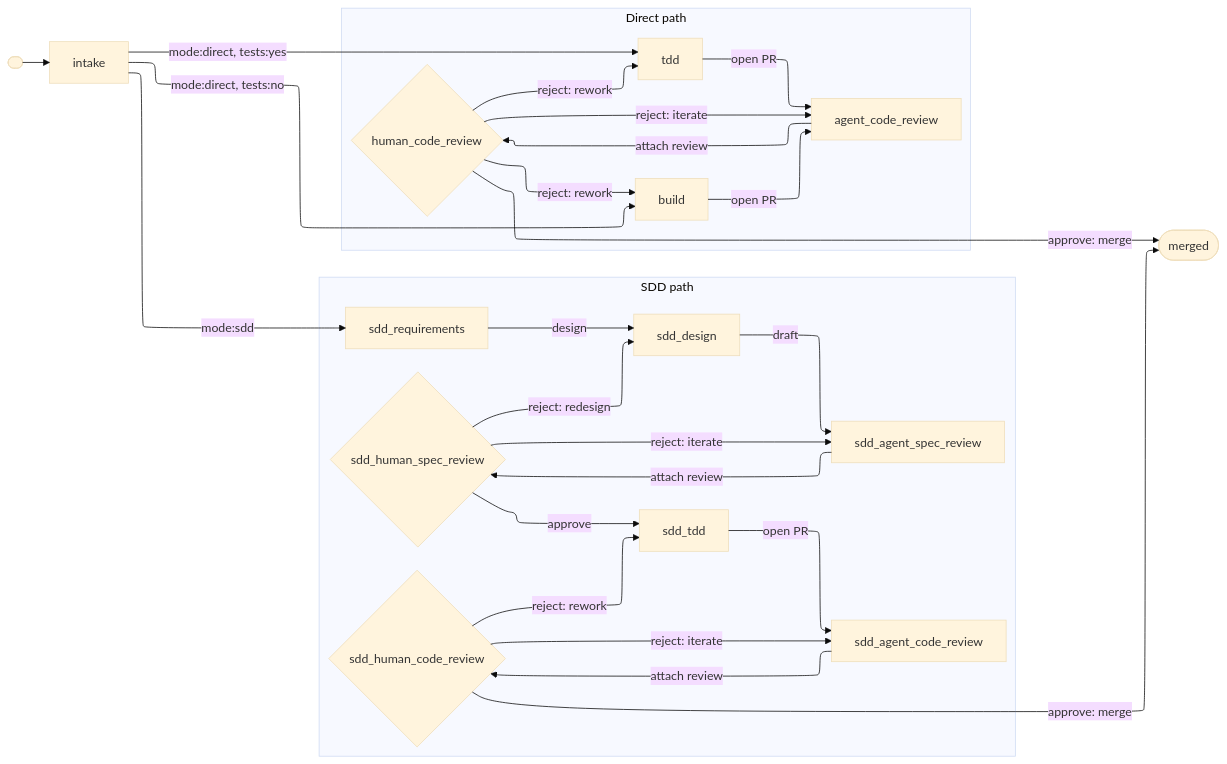
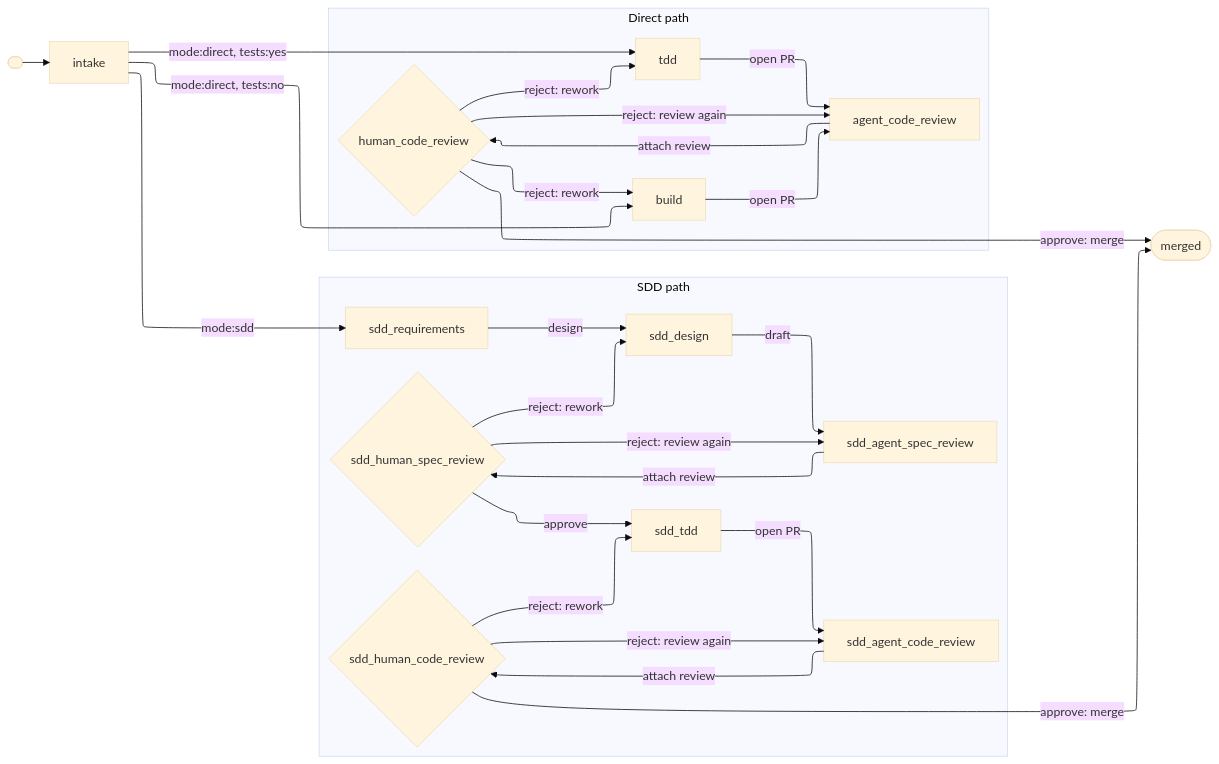
The diagram in workflow/workflow.md (GeoffNordling/dev-playbook), drawn with Mermaid (base theme) before and after one commit. The commit also changed other lines of this file and 4 other files, not shown here.

First line of the commit message:
human-review: author the HITL review-gate skill; simplify verdicts

````diff
--- a/workflow/workflow.md
+++ b/workflow/workflow.md
@@ -59,33 +59,33 @@
 ```mermaid
 %%{init: {'flowchart': {'defaultRenderer': 'elk'}}}%%
 flowchart LR
     start([ ]) --> intake[intake]
     intake -->|mode:sdd| sdd_requirements[sdd_requirements]
     intake -->|mode:direct, tests:yes| tdd[tdd]
     intake -->|mode:direct, tests:no| build[build]
 
     subgraph sdd[SDD path]
         sdd_requirements -->|design| sdd_design[sdd_design]
         sdd_design -->|draft| sdd_agent_spec_review[sdd_agent_spec_review]
         sdd_agent_spec_review -->|attach review| sdd_human_spec_review{sdd_human_spec_review}
-        sdd_human_spec_review -->|reject: iterate| sdd_agent_spec_review
-        sdd_human_spec_review -->|reject: redesign| sdd_design
+        sdd_human_spec_review -->|reject: review again| sdd_agent_spec_review
+        sdd_human_spec_review -->|reject: rework| sdd_design
         sdd_human_spec_review -->|approve| sdd_tdd[sdd_tdd]
         sdd_tdd -->|open PR| sdd_agent_code_review[sdd_agent_code_review]
         sdd_agent_code_review -->|attach review| sdd_human_code_review{sdd_human_code_review}
-        sdd_human_code_review -->|reject: iterate| sdd_agent_code_review
+        sdd_human_code_review -->|reject: review again| sdd_agent_code_review
         sdd_human_code_review -->|reject: rework| sdd_tdd
     end
 
     subgraph direct[Direct path]
         tdd -->|open PR| agent_code_review[agent_code_review]
         build -->|open PR| agent_code_review
         agent_code_review -->|attach review| human_code_review{human_code_review}
-        human_code_review -->|reject: iterate| agent_code_review
+        human_code_review -->|reject: review again| agent_code_review
         human_code_review -->|reject: rework| tdd
         human_code_review -->|reject: rework| build
     end
 
     sdd_human_code_review -->|approve: merge| done([merged])
     human_code_review -->|approve: merge| done
 ```
````
